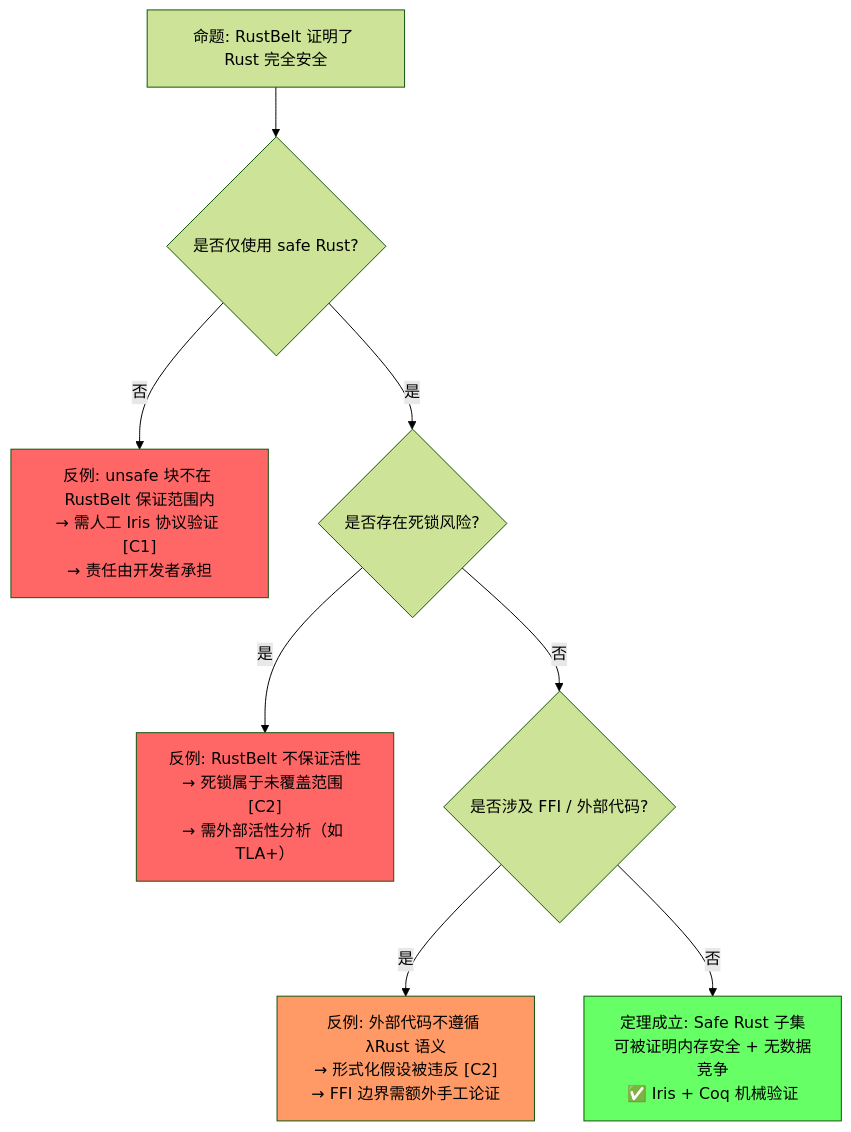
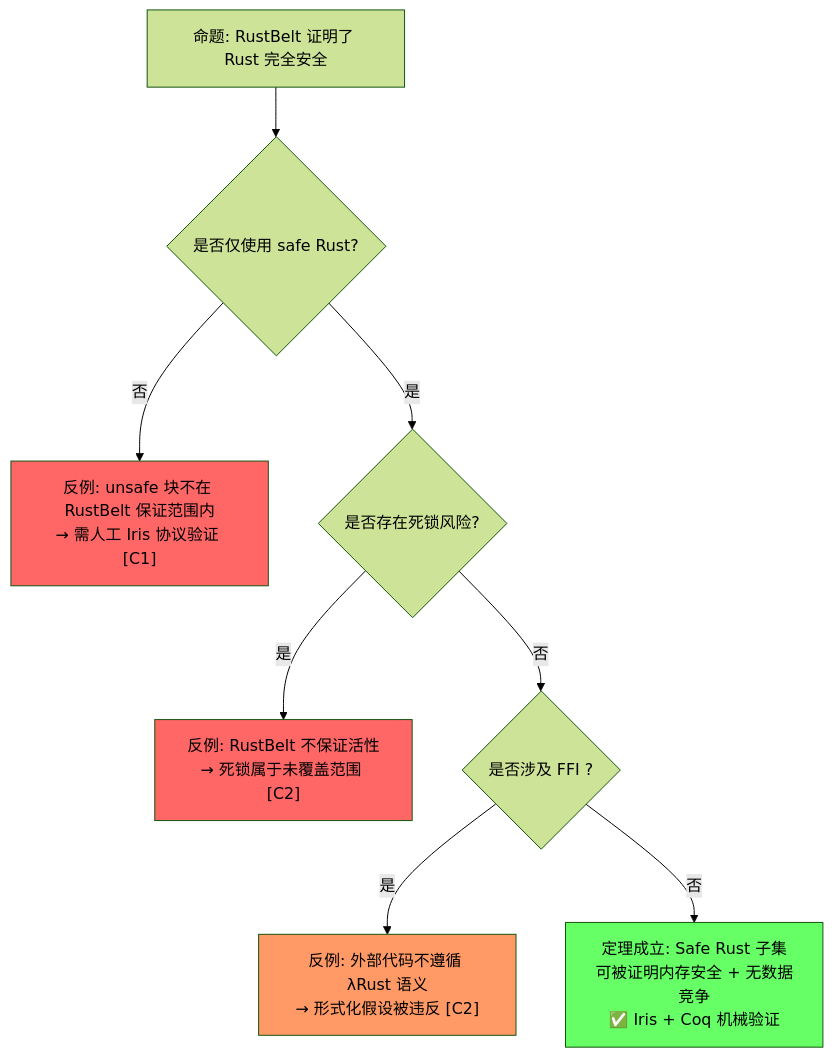
One commit to martin-ly/rust-lang changed the first of 4 diagrams in concept/04_formal/04_rustbelt.md. Above: the diagram before and after it, drawn with Mermaid (forest theme). The commit also changed other lines of this file and 16 other files, not shown here.

````diff
--- a/concept/04_formal/04_rustbelt.md
+++ b/concept/04_formal/04_rustbelt.md
@@ -105,15 +228,14 @@
 ```mermaid
 graph TD
     P1["命题: RustBelt 证明了 Rust 完全安全"] --> Q1{"是否仅使用 safe Rust?"}
-    Q1 -->|否| F1["反例: unsafe 块不在 RustBelt 保证范围内<br/>→ 需人工 Iris 协议验证 [C1]<br/>→ 责任由开发者承担"]
+    Q1 -->|否| F1["反例: unsafe 块不在 RustBelt 保证范围内<br/>→ 需人工 Iris 协议验证 [C1]"]
     Q1 -->|是| Q2{"是否存在死锁风险?"}
-    Q2 -->|是| F2["反例: RustBelt 不保证活性<br/>→ 死锁属于未覆盖范围 [C2]<br/>→ 需外部活性分析（如 TLA+）"]
-    Q2 -->|否| Q3{"是否涉及 FFI / 外部代码?"}
-    Q3 -->|是| F3["反例: 外部代码不遵循 λRust 语义<br/>→ 形式化假设被违反 [C2]<br/>→ FFI 边界需额外手工论证"]
+    Q2 -->|是| F2["反例: RustBelt 不保证活性<br/>→ 死锁属于未覆盖范围 [C2]"]
+    Q2 -->|否| Q3{"是否涉及 FFI ?"}
+    Q3 -->|是| F3["反例: 外部代码不遵循 λRust 语义<br/>→ 形式化假设被违反 [C2]"]
     Q3 -->|否| T1["定理成立: Safe Rust 子集可被证明内存安全 + 无数据竞争<br/>✅ Iris + Coq 机械验证"]
-
     style F1 fill:#f66
     style F2 fill:#f66
     style F3 fill:#f96
     style T1 fill:#6f6
 ```
````
